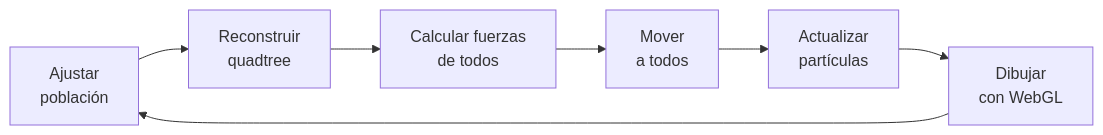
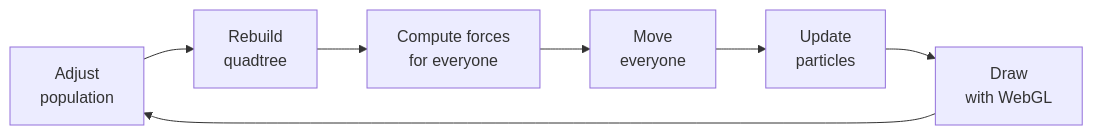
Before and after one commit to GaneshaDS/boids: the second of 2 diagrams in README.md, drawn with Mermaid. The commit also changed other lines of this file and 3 other files, not shown here.

````diff
--- a/README.md
+++ b/README.md
@@ -94,9 +111,9 @@
 ```mermaid
 flowchart LR
-    A["Ajustar<br/>población"] --> B["Reconstruir<br/>quadtree"]
-    B --> C["Calcular fuerzas<br/>de todos"]
-    C --> D["Mover<br/>a todos"]
-    D --> E["Actualizar<br/>partículas"]
-    E --> F["Dibujar<br/>con WebGL"]
+    A["Adjust<br/>population"] --> B["Rebuild<br/>quadtree"]
+    B --> C["Compute forces<br/>for everyone"]
+    C --> D["Move<br/>everyone"]
+    D --> E["Update<br/>particles"]
+    E --> F["Draw<br/>with WebGL"]
     F --> A
 ```
````
